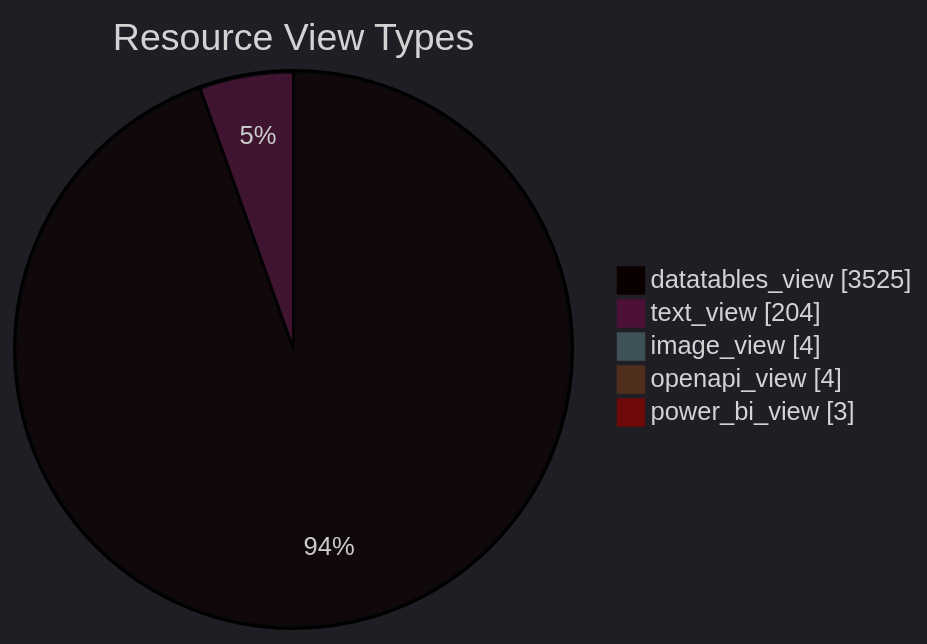
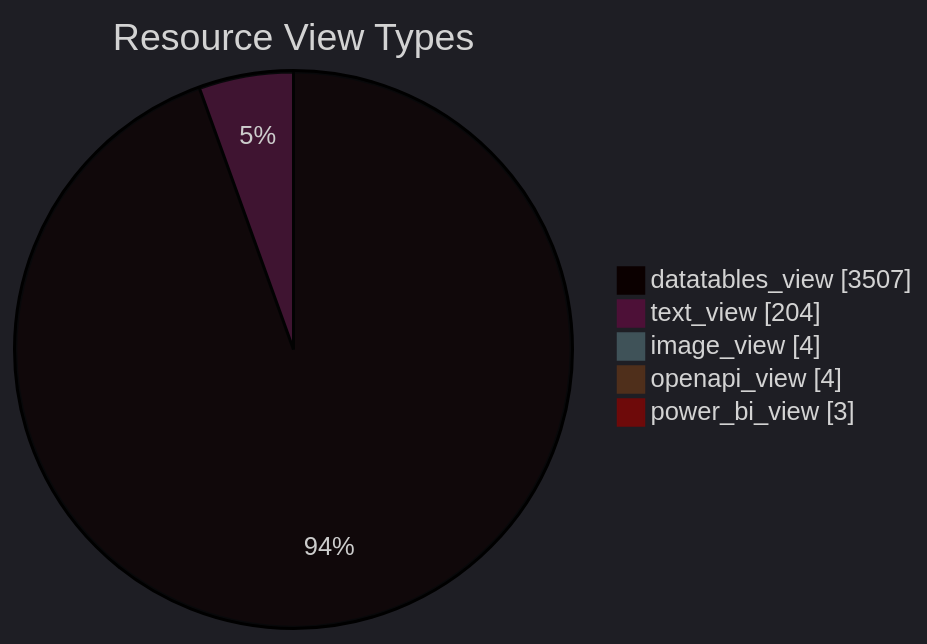
The diagram in datastore_tracker/resource_view_types_pie_chart.md (open-data/analytics-corporate-reporting), drawn with Mermaid before and after one commit. The commit also changed 9 other files, not shown here.

````diff
--- a/datastore_tracker/resource_view_types_pie_chart.md
+++ b/datastore_tracker/resource_view_types_pie_chart.md
@@ -2,12 +2,12 @@
 ```mermaid
 ---
 config:
   theme: dark
 ---
 pie showData title Resource View Types
-    "datatables_view": 3525
+    "datatables_view": 3507
     "text_view": 204
     "image_view": 4
     "openapi_view": 4
     "power_bi_view": 3
 ```
````
